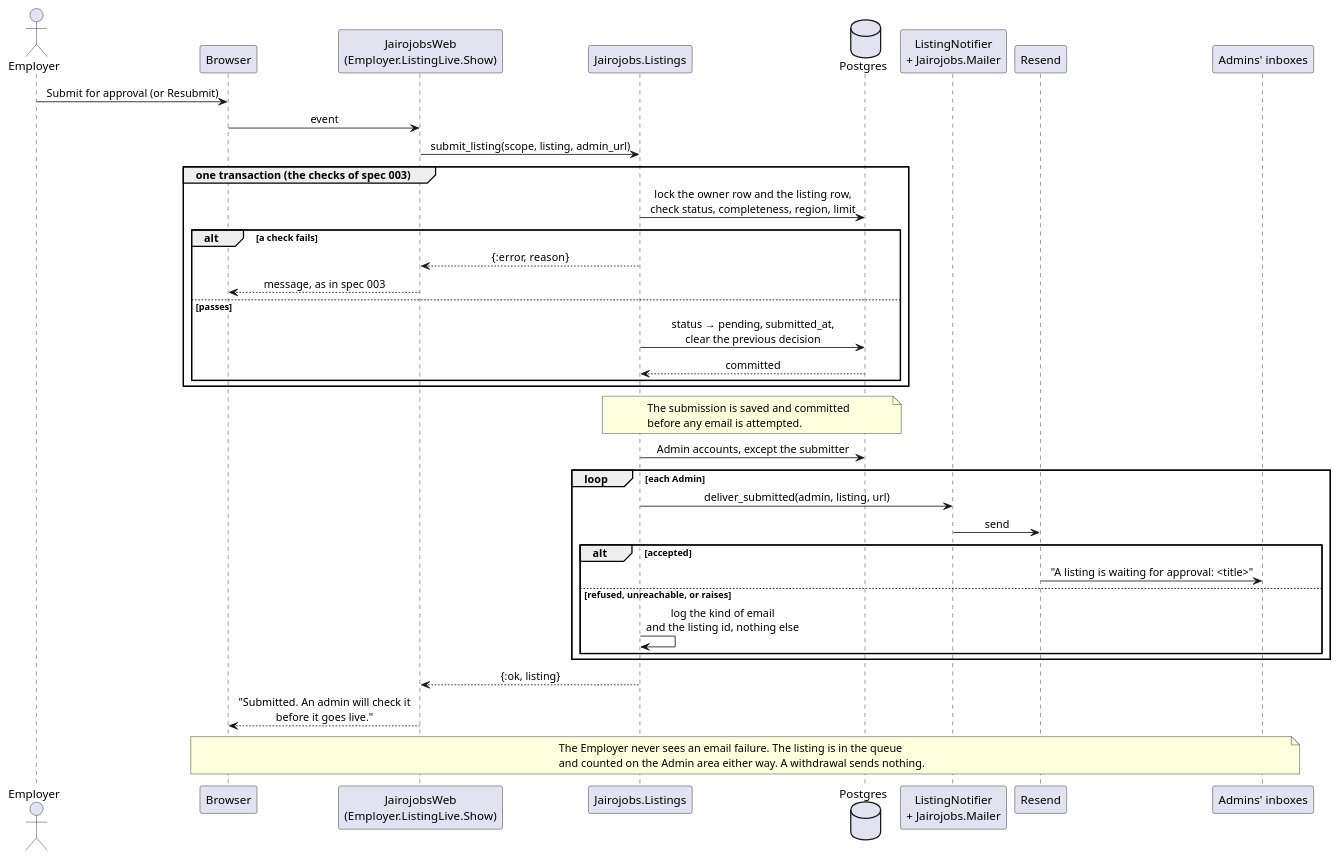
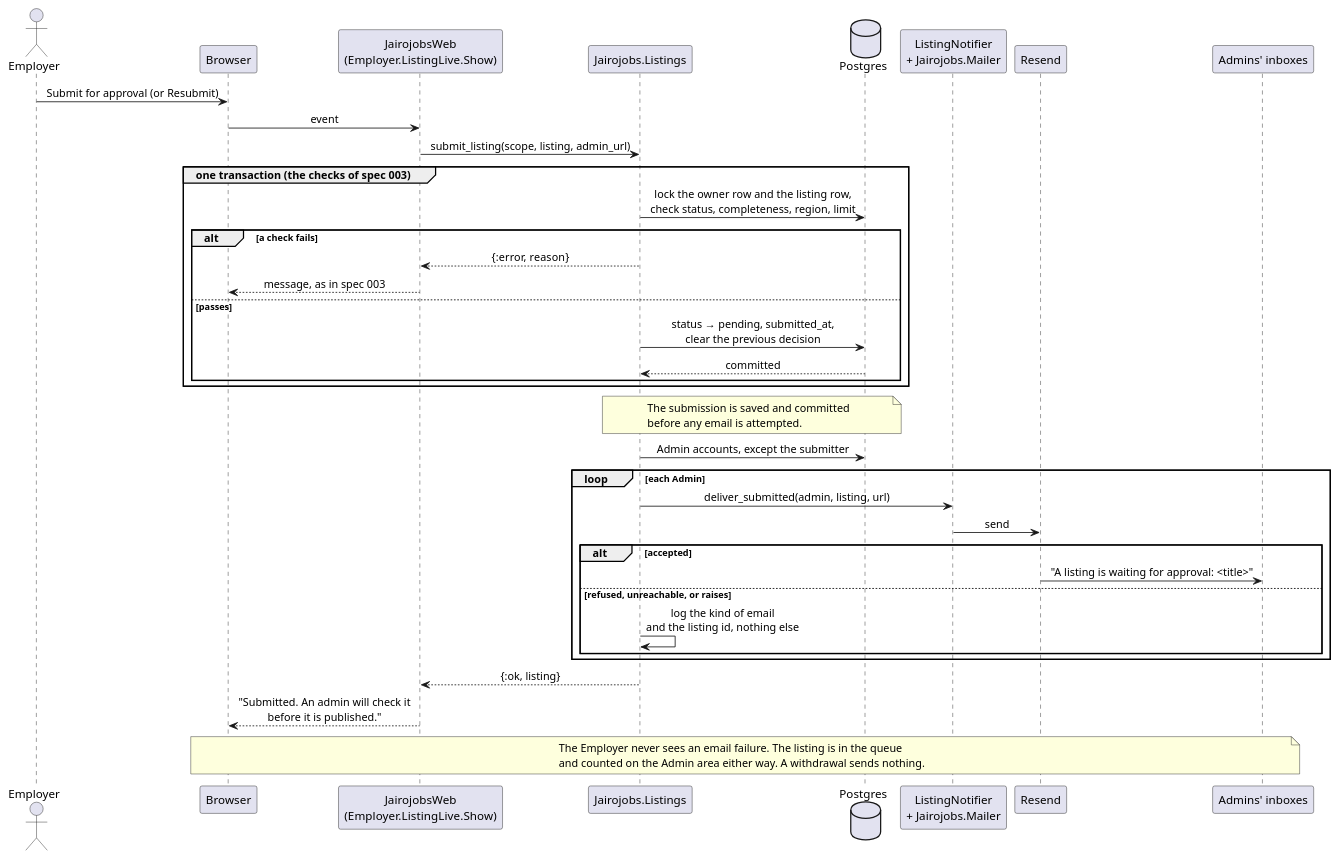
The diagram in docs/specs/004-listings-admin-moderation/diagrams/sequence-submission-email.puml (raseniero/jairojobs-elixir), drawn with PlantUML before and after one commit. The commit also changed 38 other files, not shown here.

Commit message:
refactor(listings): the Published status is called "Published" on screens, in email and in the Admin list's address, no longer "Live" (REQ-003-9, REQ-003-10, REQ-004-3, REQ-004-7, REQ-004-9)

```diff
--- a/docs/specs/004-listings-admin-moderation/diagrams/sequence-submission-email.puml
+++ b/docs/specs/004-listings-admin-moderation/diagrams/sequence-submission-email.puml
@@ -1,52 +1,52 @@
 @startuml sequence-submission-email
 ' Spec 004 — an Employer's submission and the email to the Admins (REQ-004-10; REQ-003-6, -8).
 ' Parties: Employer's browser, JairojobsWeb (Employer listing LiveView), Jairojobs.Listings, Postgres,
 ' Mailer (Resend in production), each Admin's inbox.
 
 skinparam sequenceMessageAlign center
 skinparam responseMessageBelowArrow true
 
 actor Employer
 participant "Browser" as B
 participant "JairojobsWeb\n(Employer.ListingLive.Show)" as W
 participant "Jairojobs.Listings" as L
 database "Postgres" as DB
 participant "ListingNotifier\n+ Jairojobs.Mailer" as M
 participant "Resend" as R
 participant "Admins' inboxes" as IN
 
 Employer -> B : Submit for approval (or Resubmit)
 B -> W : event
 W -> L : submit_listing(scope, listing, admin_url)
 
 group one transaction (the checks of spec 003)
   L -> DB : lock the owner row and the listing row,\ncheck status, completeness, region, limit
   alt a check fails
     L --> W : {:error, reason}
     W --> B : message, as in spec 003
   else passes
     L -> DB : status → pending, submitted_at,\nclear the previous decision
     DB --> L : committed
   end
 end
 
 note over L, DB : The submission is saved and committed\nbefore any email is attempted.
 
 L -> DB : Admin accounts, except the submitter
 loop each Admin
   L -> M : deliver_submitted(admin, listing, url)
   M -> R : send
   alt accepted
     R -> IN : "A listing is waiting for approval: <title>"
   else refused, unreachable, or raises
     L -> L : log the kind of email\nand the listing id, nothing else
   end
 end
 L --> W : {:ok, listing}
-W --> B : "Submitted. An admin will check it\nbefore it goes live."
+W --> B : "Submitted. An admin will check it\nbefore it is published."
 
 note over B, IN
   The Employer never sees an email failure. The listing is in the queue
   and counted on the Admin area either way. A withdrawal sends nothing.
 end note
 @enduml
```
